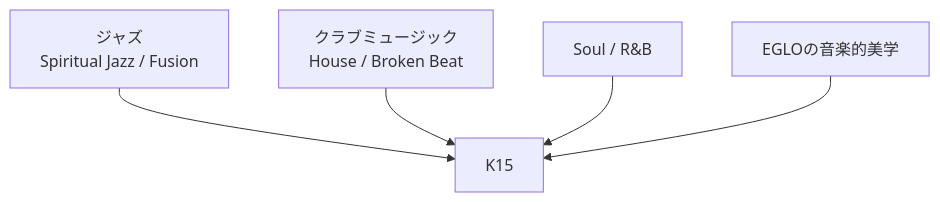
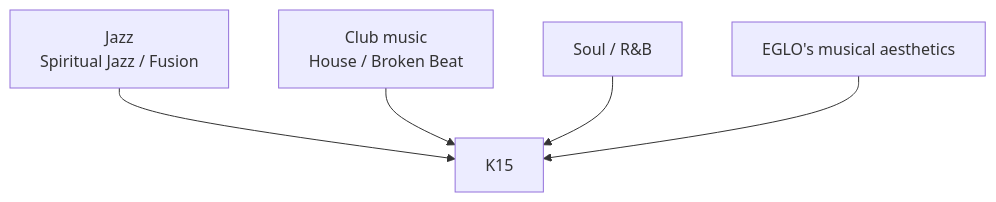
Before and after one commit to monumental-movement/monumental-movement.github.io: the second of 2 diagrams in en/_posts/2025-11-28-column-k15.md, drawn with Mermaid. The commit also changed other lines of this file and 801 other files, not shown here.

```diff
--- a/en/_posts/2025-11-28-column-k15.md
+++ b/en/_posts/2025-11-28-column-k15.md
@@ -157,7 +158,7 @@
 <div class="mermaid">
 flowchart TD
-    A["ジャズ\nSpiritual Jazz / Fusion"] --> C["K15"]
-    B["クラブミュージック\nHouse / Broken Beat"] --> C
+    A["Jazz\nSpiritual Jazz / Fusion"] --> C["K15"]
+    B["Club music\nHouse / Broken Beat"] --> C
     D["Soul / R&B"] --> C
-    E["EGLOの音楽的美学"] --> C
+    E["EGLO's musical aesthetics"] --> C
 </div>
```
